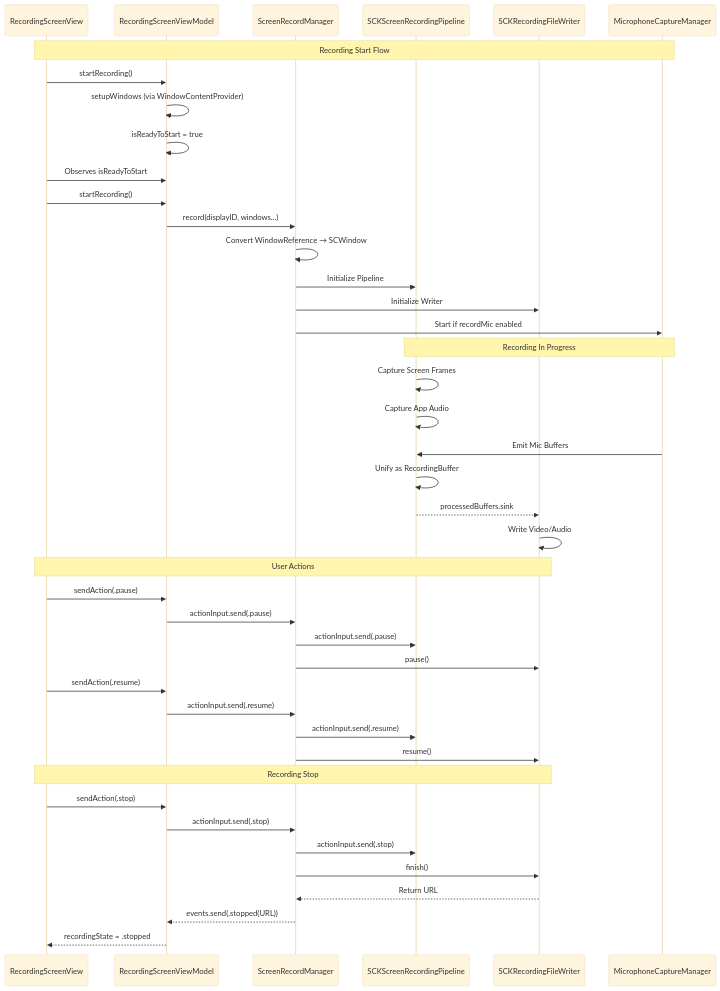
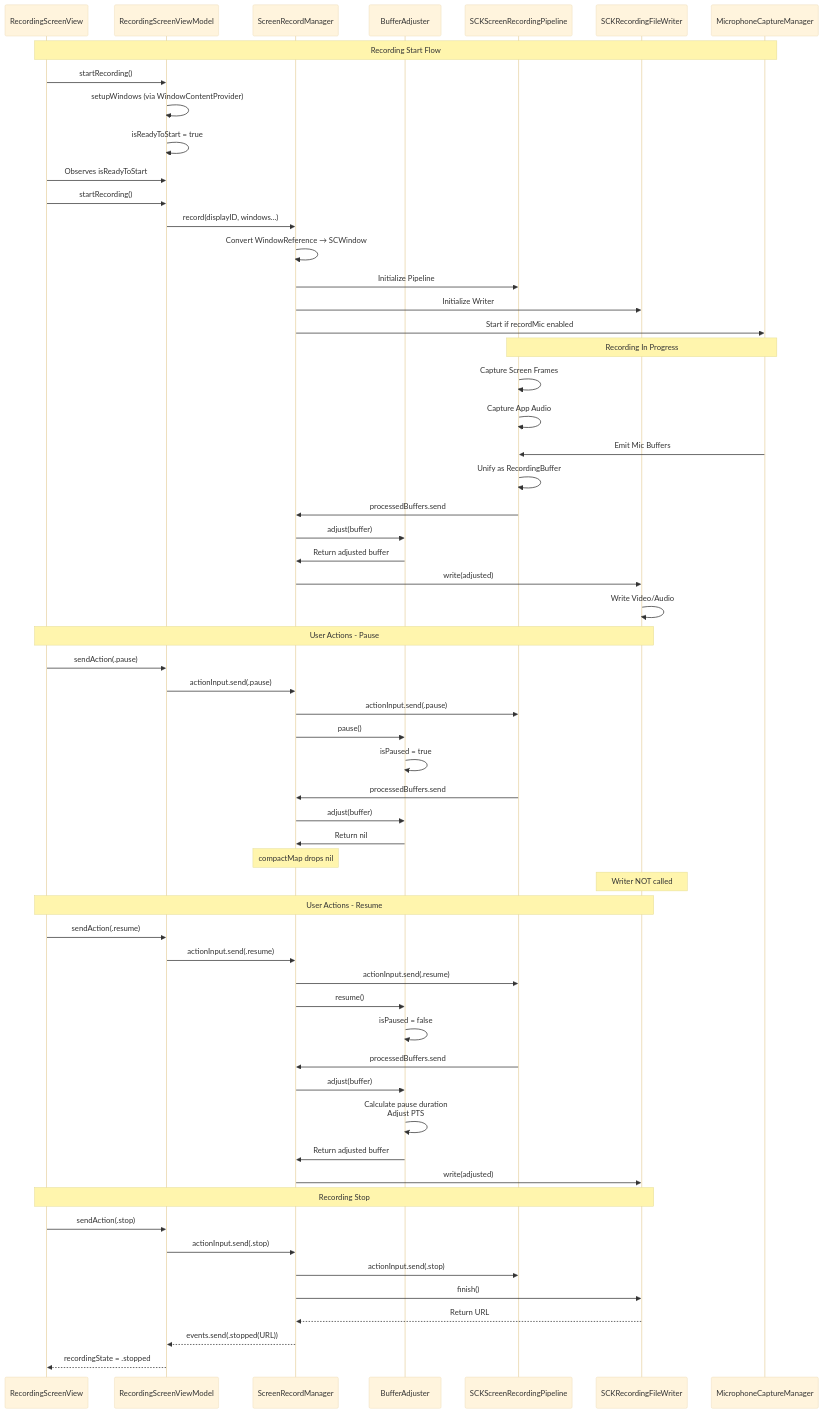
The second of 4 diagrams in ARCHITECTURE.md (bassamfouad92/screen-recorder), drawn with Mermaid (base theme) before and after one commit. The commit also changed other lines of this file, not shown here.

First line of the commit message:
docs: add pause/resume architecture with BufferAdjuster and Combine pipeline

````diff
--- a/ARCHITECTURE.md
+++ b/ARCHITECTURE.md
@@ -114,54 +118,72 @@
 ```mermaid
 sequenceDiagram
     participant V as RecordingScreenView
     participant VM as RecordingScreenViewModel
     participant M as ScreenRecordManager
+    participant BA as BufferAdjuster
     participant P as SCKScreenRecordingPipeline
     participant W as SCKRecordingFileWriter
     participant Mic as MicrophoneCaptureManager
     
     Note over V,Mic: Recording Start Flow
     
     V->>VM: startRecording()
     VM->>VM: setupWindows (via WindowContentProvider)
     VM->>VM: isReadyToStart = true
     V->>VM: Observes isReadyToStart
     V->>VM: startRecording()
     
     VM->>M: record(displayID, windows...)
     M->>M: Convert WindowReference → SCWindow
     M->>P: Initialize Pipeline
     M->>W: Initialize Writer
     M->>Mic: Start if recordMic enabled
     
     Note over P,Mic: Recording In Progress
     
     P->>P: Capture Screen Frames
     P->>P: Capture App Audio
     Mic->>P: Emit Mic Buffers
     P->>P: Unify as RecordingBuffer
-    P-->>W: processedBuffers.sink
+    P->>M: processedBuffers.send
+    M->>BA: adjust(buffer)
+    BA->>M: Return adjusted buffer
+    M->>W: write(adjusted)
     W->>W: Write Video/Audio
     
-    Note over V,W: User Actions
+    Note over V,W: User Actions - Pause
     
     V->>VM: sendAction(.pause)
     VM->>M: actionInput.send(.pause)
     M->>P: actionInput.send(.pause)
-    M->>W: pause()
+    M->>BA: pause()
+    BA->>BA: isPaused = true
+    P->>M: processedBuffers.send
+    M->>BA: adjust(buffer)
+    BA->>M: Return nil
+    Note over M: compactMap drops nil
+    Note over W: Writer NOT called
+    
+    Note over V,W: User Actions - Resume
     
     V->>VM: sendAction(.resume)
     VM->>M: actionInput.send(.resume)
     M->>P: actionInput.send(.resume)
-    M->>W: resume()
+    M->>BA: resume()
+    BA->>BA: isPaused = false
+    P->>M: processedBuffers.send
+    M->>BA: adjust(buffer)
+    BA->>BA: Calculate pause duration<br/>Adjust PTS
+    BA->>M: Return adjusted buffer
+    M->>W: write(adjusted)
     
     Note over V,W: Recording Stop
     
     V->>VM: sendAction(.stop)
     VM->>M: actionInput.send(.stop)
     M->>P: actionInput.send(.stop)
     M->>W: finish()
     W-->>M: Return URL
     M-->>VM: events.send(.stopped(URL))
     VM-->>V: recordingState = .stopped
 ```
````
